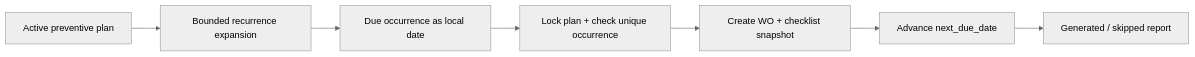
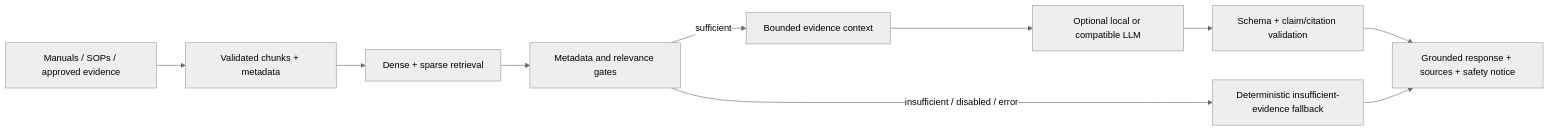
One commit to khoavd18/AI_maintain changed the second of 5 diagrams in docs/architecture.md. Above: the diagram before and after it, drawn with Mermaid (neutral theme). The commit also changed other lines of this file and 18 other files, not shown here.

````diff
--- a/docs/architecture.md
+++ b/docs/architecture.md
@@ -464,9 +129,16 @@
 ```mermaid
 flowchart LR
-    Plan[Active preventive plan] --> Expand[Bounded recurrence expansion]
-    Expand --> Due[Due occurrence as local date]
-    Due --> Lock[Lock plan + check unique occurrence]
-    Lock --> Snapshot[Create WO + checklist snapshot]
-    Snapshot --> Advance[Advance next_due_date]
-    Advance --> Report[Generated / skipped report]
+    DOCUMENTS[Manuals / SOPs / approved evidence]
+    CHUNKS[Validated chunks + metadata]
+    HYBRID[Dense + sparse retrieval]
+    FILTER[Metadata and relevance gates]
+    CONTEXT[Bounded evidence context]
+    GENERATE[Optional local or compatible LLM]
+    VALIDATE[Schema + claim/citation validation]
+    RESPONSE[Grounded response + sources + safety notice]
+    FALLBACK[Deterministic insufficient-evidence fallback]
+
+    DOCUMENTS --> CHUNKS --> HYBRID --> FILTER
+    FILTER -->|sufficient| CONTEXT --> GENERATE --> VALIDATE --> RESPONSE
+    FILTER -->|insufficient / disabled / error| FALLBACK --> RESPONSE
 ```
````
